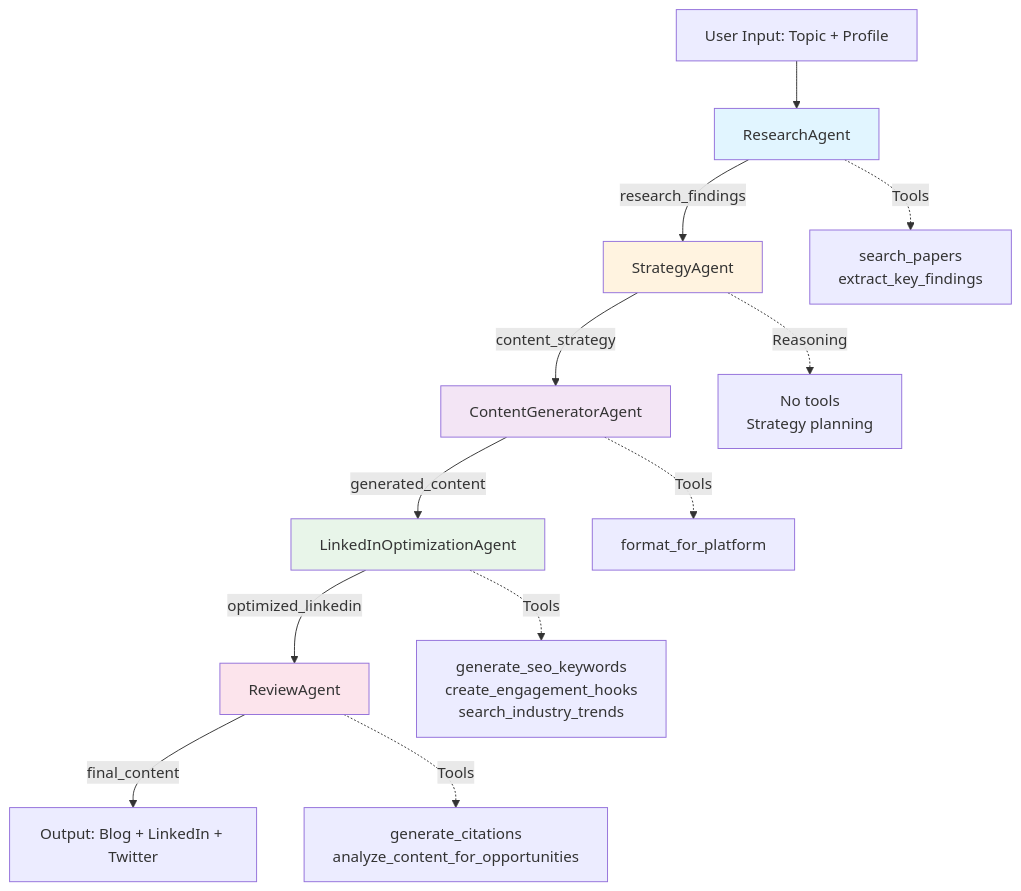
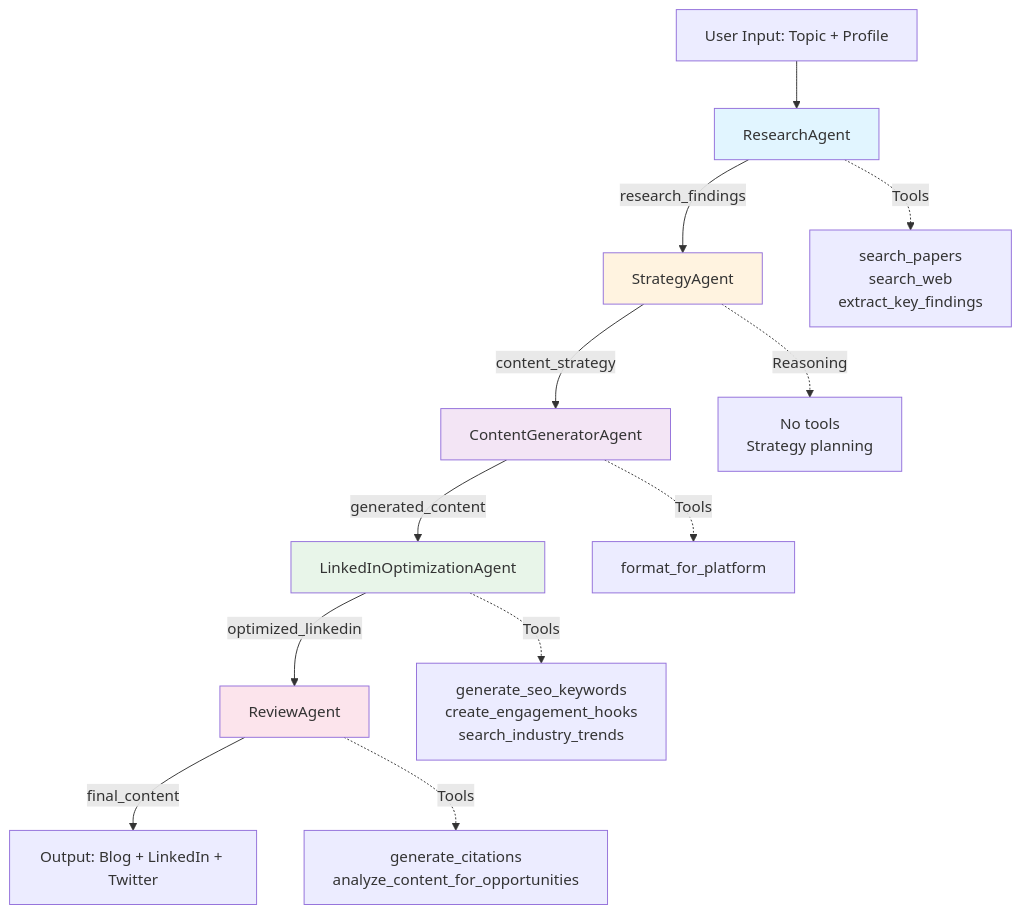
One commit to ChrisBg/agentic-content-generation changed the diagram in README.md. Above: the diagram before and after it, drawn with Mermaid. The commit also changed other lines of this file, not shown here.

Commit message:
docs: update README with Deep Research capabilities and diagram

````diff
--- a/README.md
+++ b/README.md
@@ -20,21 +20,21 @@
 ```mermaid
 graph TD
     A[User Input: Topic + Profile] --> B[ResearchAgent]
     B -->|research_findings| C[StrategyAgent]
     C -->|content_strategy| D[ContentGeneratorAgent]
     D -->|generated_content| E[LinkedInOptimizationAgent]
     E -->|optimized_linkedin| F[ReviewAgent]
     F -->|final_content| G[Output: Blog + LinkedIn + Twitter]
 
-    B -.->|Tools| B1[search_papers<br/>extract_key_findings]
+    B -.->|Tools| B1[search_papers<br/>search_web<br/>extract_key_findings]
     C -.->|Reasoning| C1[No tools<br/>Strategy planning]
     D -.->|Tools| D1[format_for_platform]
     E -.->|Tools| E1[generate_seo_keywords<br/>create_engagement_hooks<br/>search_industry_trends]
     F -.->|Tools| F1[generate_citations<br/>analyze_content_for_opportunities]
 
     style B fill:#e1f5ff
     style C fill:#fff3e0
     style D fill:#f3e5f5
     style E fill:#e8f5e9
     style F fill:#fce4ec
 ```
````
